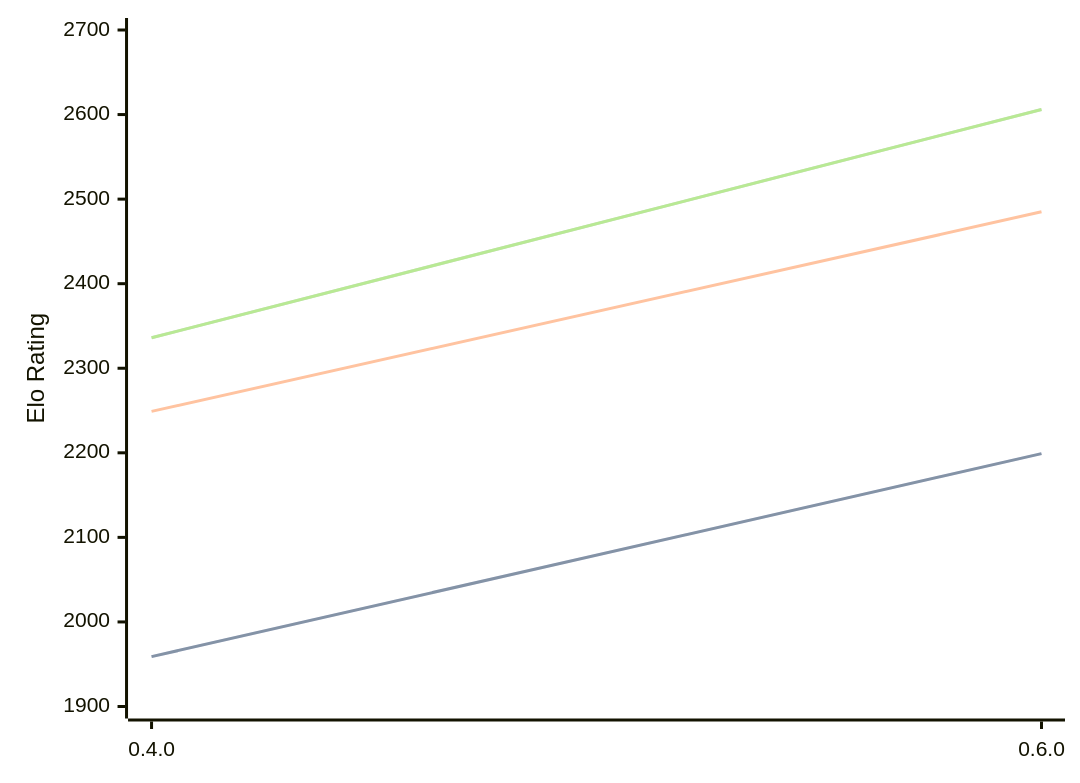
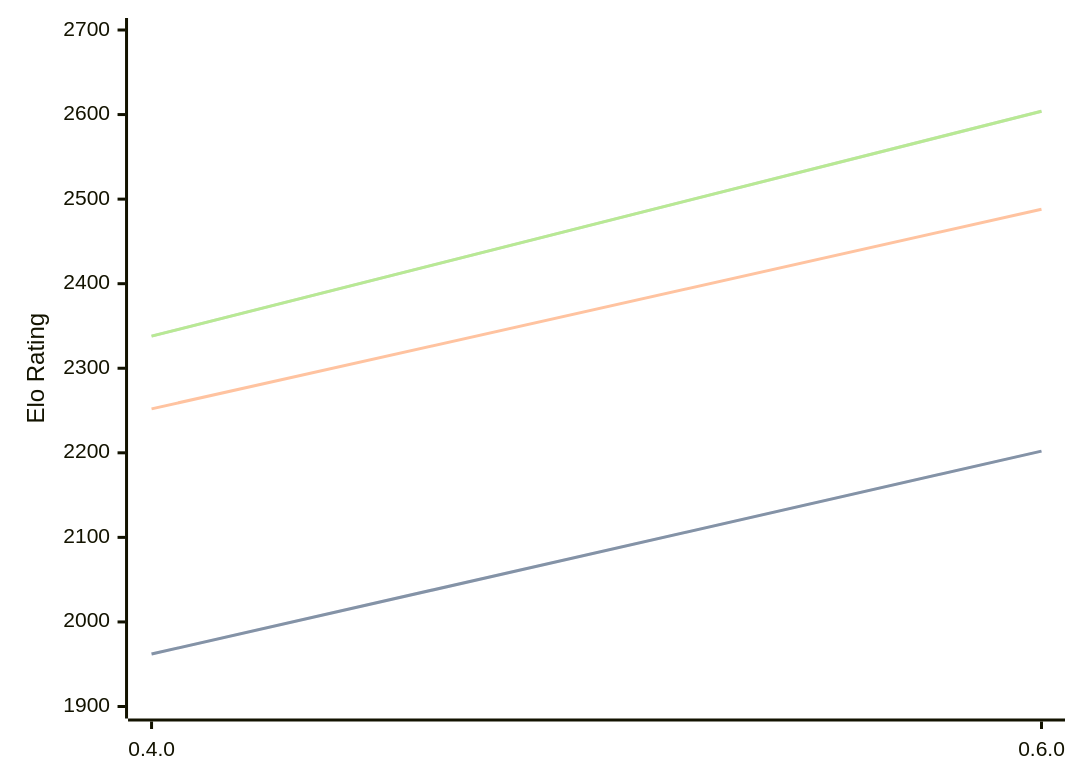
The diagram in engines/Ariadne.md (computer-chess-index/cci), drawn with Mermaid before and after one commit. The commit also changed other lines of this file, not shown here.

Commit message:
Update CCI Ratings (ELO VLTC) - 2026-09-24

````diff
--- a/engines/Ariadne.md
+++ b/engines/Ariadne.md
@@ -36,11 +36,11 @@
 ```mermaid
 %%{init: {"theme":"base","themeVariables":{"seriesColors:['#a3a3a3','#222221','#faa371']}}}%%
 xychart-beta
   x-axis ["0.4.0", "0.6.0"]
   y-axis "Elo Rating" 1900 --> 2700
-  line "" [1959, 2199]
-  line "STC (8.0+0.08s)" [1959, 2199]
-  line "LTC (60.0+0.60s)" [2249, 2485]
-  line "" [2336, 2606]
-  line "VLTC (2m24s+1.12s)" [2336, 2606]
+  line "" [1962, 2202]
+  line "STC (8.0+0.08s)" [1962, 2202]
+  line "LTC (60.0+0.60s)" [2252, 2488]
+  line "" [2338, 2604]
+  line "VLTC (2m24s+1.12s)" [2338, 2604]
 ```
````
